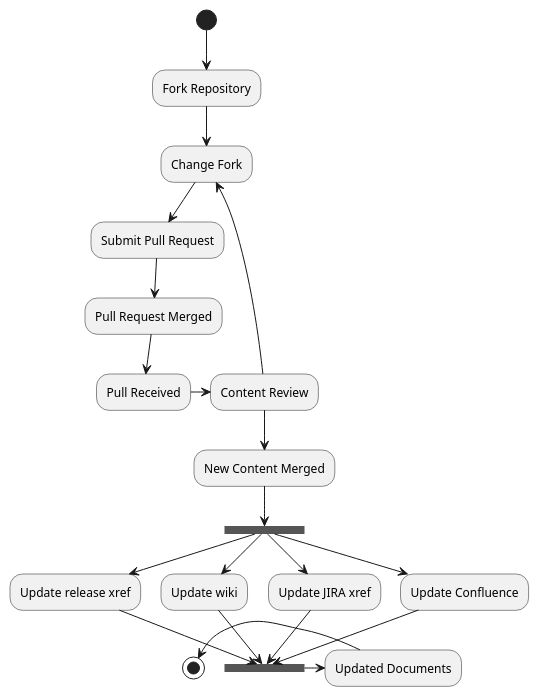
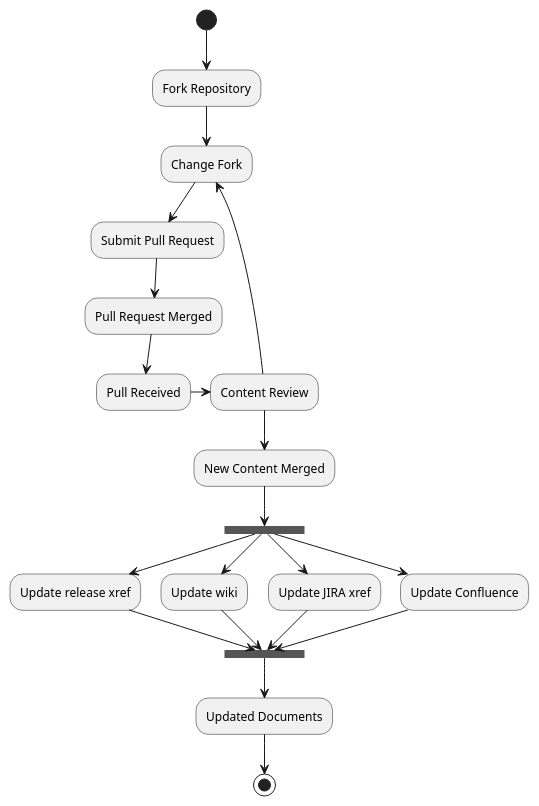
The first of 2 diagrams in features/arch-repo/diagrams/repo-workflow.puml (eucalyptus/architecture), drawn with PlantUML before and after one commit. The commit also changed other lines of this file and 5 other files, not shown here.

```diff
--- a/features/arch-repo/diagrams/repo-workflow.puml
+++ b/features/arch-repo/diagrams/repo-workflow.puml
@@ -1,28 +1,28 @@
-@startuml repo-workflow.png
+@startuml workflow.png
 skinparam monochrome true
 (*) -down-> "Fork Repository" as pullfork
 pullfork -down-> "Change Fork" as pullchanges
 pullchanges -down-> "Submit Pull Request" as pullsubmit
 pullsubmit -down-> "Pull Request Merged" as pullmerged
 pullmerged -down-> "Pull Received" as pubpull
 pubpull -right-> "Content Review" as pubreview
 pubreview -down-> "New Content Merged" as pubmerged
 pubreview -up-> pullchanges
 
 pubmerged -down-> ===UPDATE=== 
 ===UPDATE=== --> "Update release xref" 
 --> ===ENDUPDATE===
 
 ===UPDATE=== --> "Update wiki" 
 --> ===ENDUPDATE===
 
 ===UPDATE=== --> "Update JIRA xref" 
 --> ===ENDUPDATE===
 
 ===UPDATE=== --> "Update Confluence" 
 --> ===ENDUPDATE===
 
-===ENDUPDATE=== -right-> "Updated Documents" as updated
+===ENDUPDATE=== -down-> "Updated Documents" as updated
 
-updated -left-> (*)
+updated -down-> (*)
 @enduml
```
